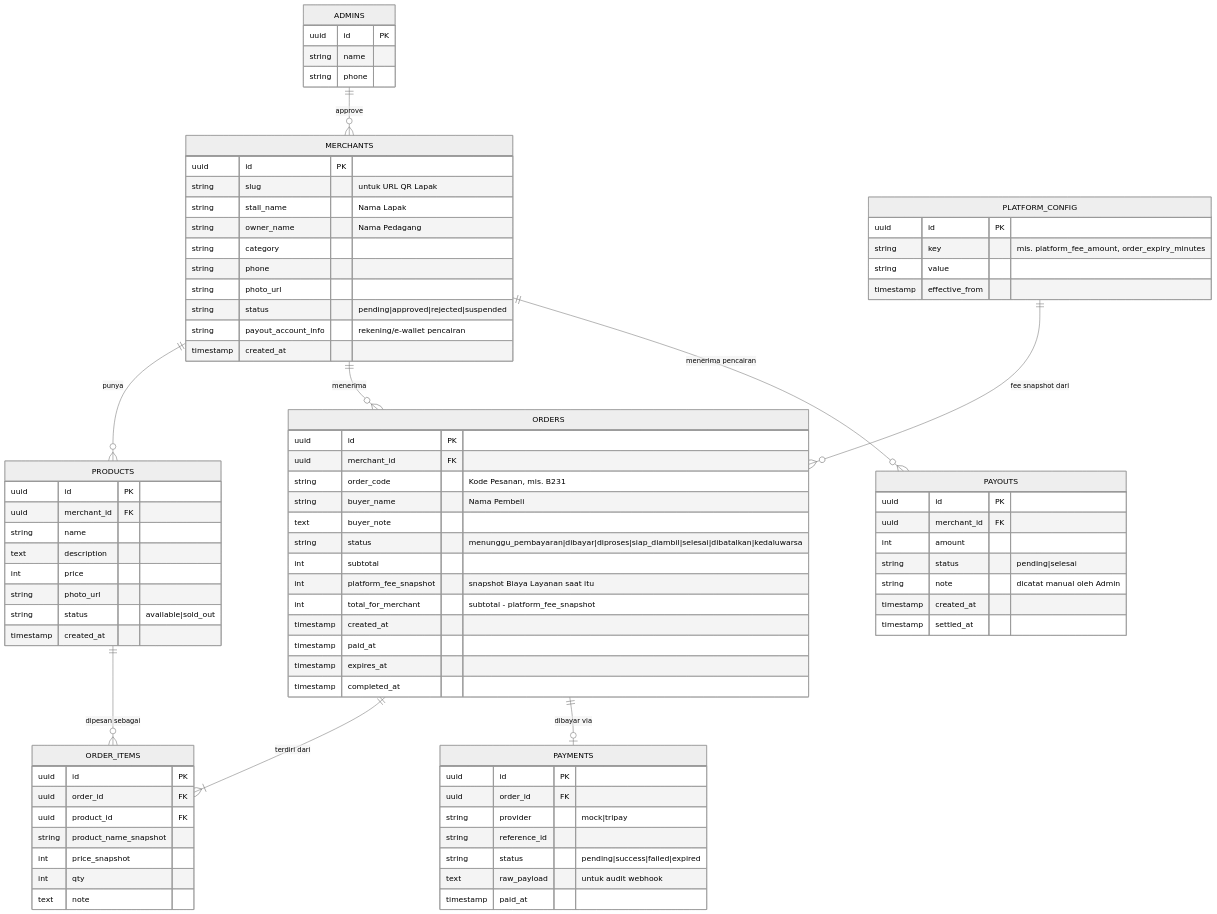
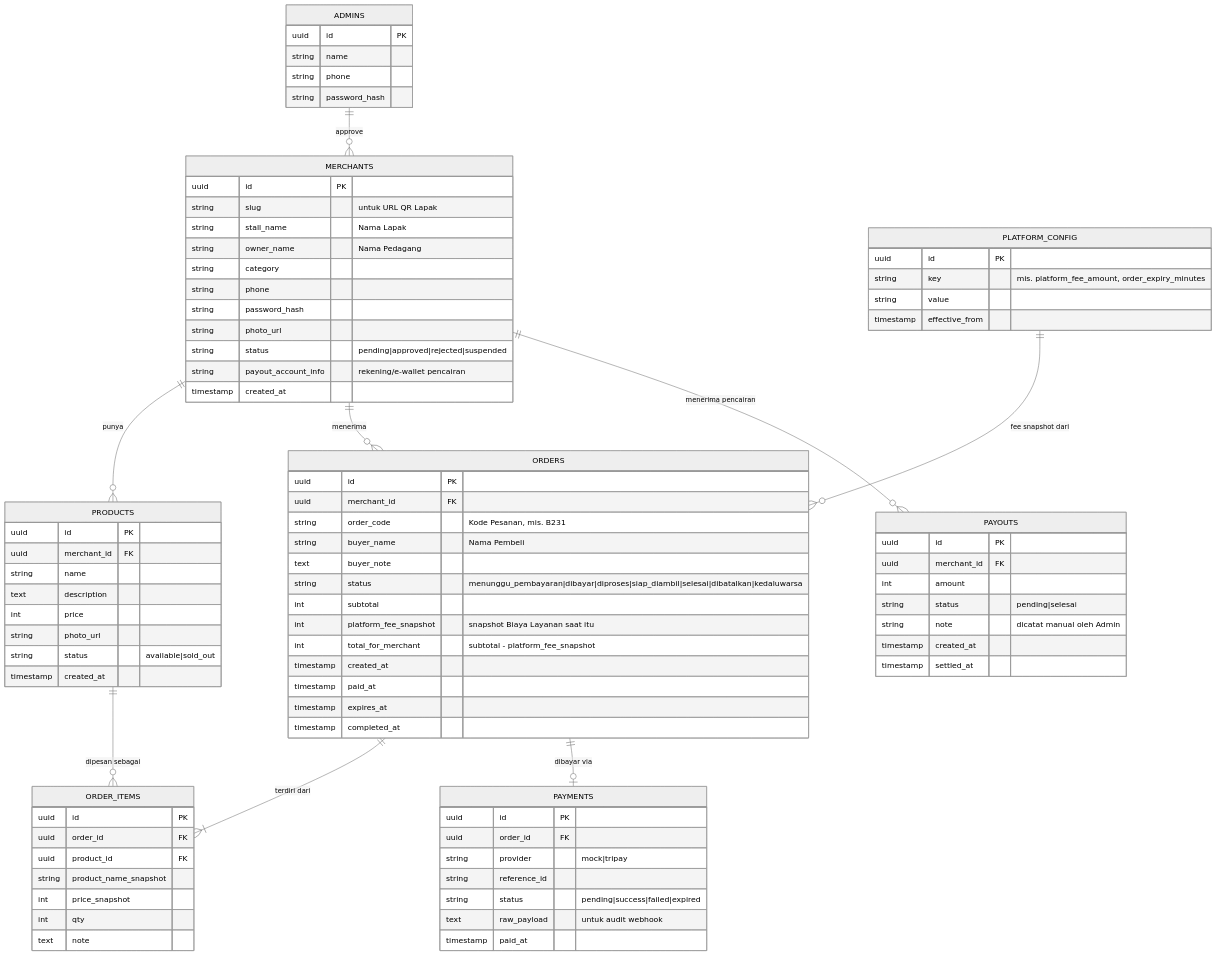
The diagram in docs/DATA-MODEL.md (WeirdoKitten/My-Gerai), drawn with Mermaid (neutral theme) before and after one commit. The commit also changed other lines of this file and 58 other files, not shown here.

````diff
--- a/docs/DATA-MODEL.md
+++ b/docs/DATA-MODEL.md
@@ -22,6 +22,7 @@
         string owner_name "Nama Pedagang"
         string category
         string phone
+        string password_hash
         string photo_url
         string status "pending|approved|rejected|suspended"
         string payout_account_info "rekening/e-wallet pencairan"
@@ -96,5 +97,6 @@
         uuid id PK
         string name
         string phone
+        string password_hash
     }
 ```
````
